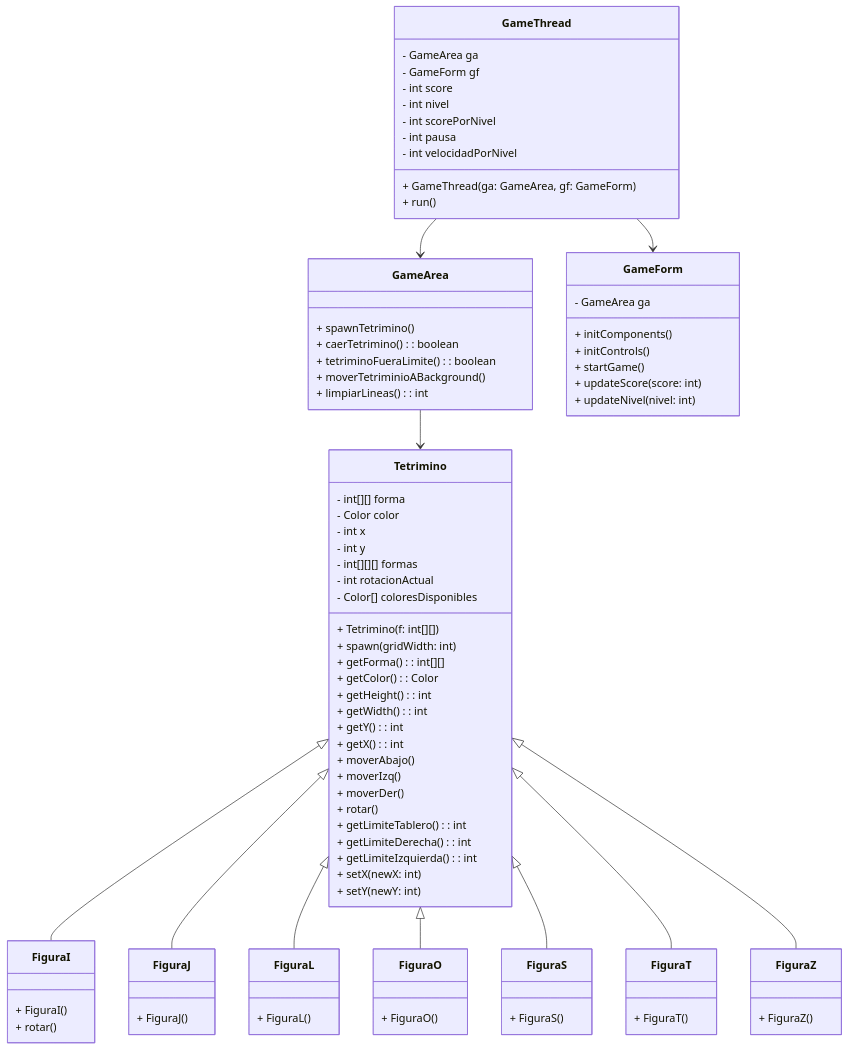
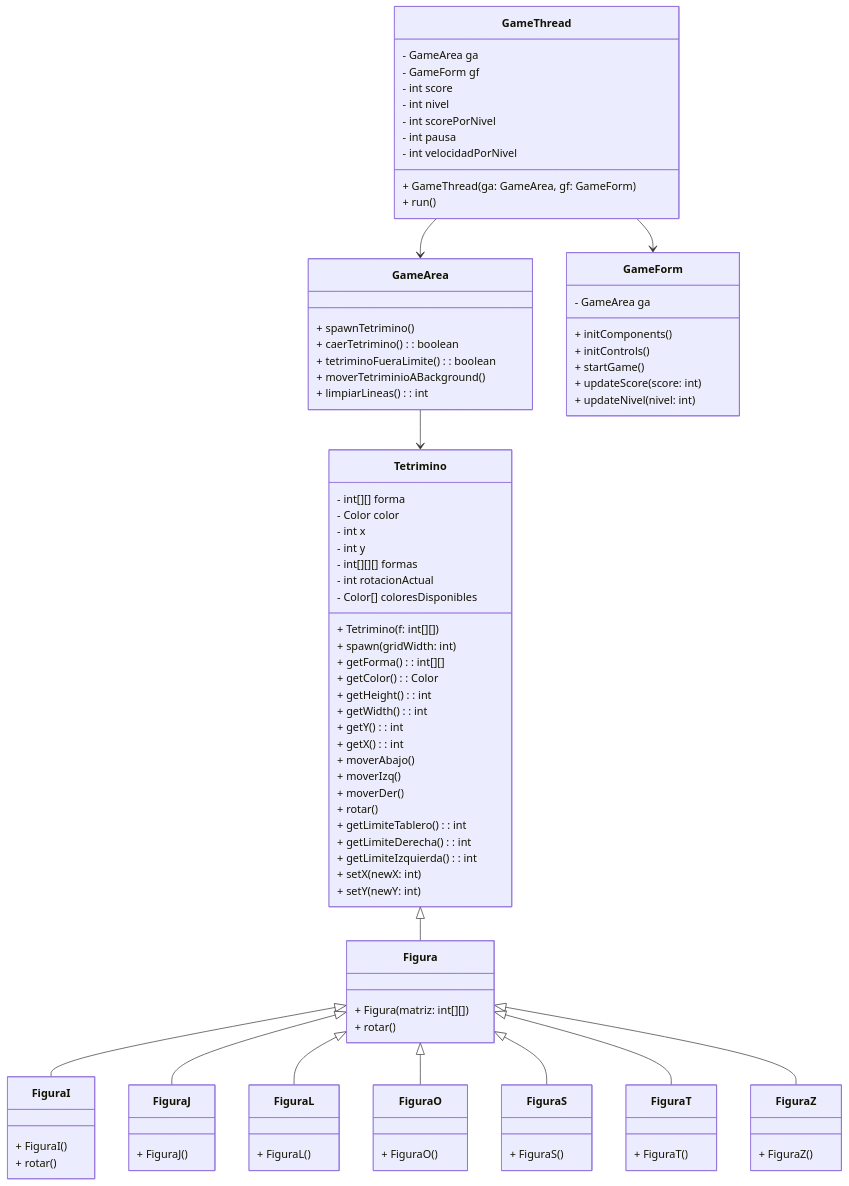
The diagram in README.md (Lakori4/Tetris), drawn with Mermaid before and after one commit.

````diff
--- a/README.md
+++ b/README.md
@@ -87,15 +87,22 @@
         + FiguraZ()
     }
 
+    class Figura{
+        + Figura(matriz: int[][])
+        + rotar()
+    }
+
     GameThread --> GameArea
     GameThread --> GameForm
     GameArea --> Tetrimino
-    Tetrimino <|-- FiguraI
-    Tetrimino <|-- FiguraJ
-    Tetrimino <|-- FiguraL
-    Tetrimino <|-- FiguraO
-    Tetrimino <|-- FiguraS
-    Tetrimino <|-- FiguraT
-    Tetrimino <|-- FiguraZ
+    Tetrimino <|-- Figura 
+    Figura <|-- FiguraI
+    Figura <|-- FiguraJ
+    Figura <|-- FiguraL
+    Figura <|-- FiguraO
+    Figura <|-- FiguraS
+    Figura <|-- FiguraT
+    Figura <|-- FiguraZ
+
 
 ```
````
